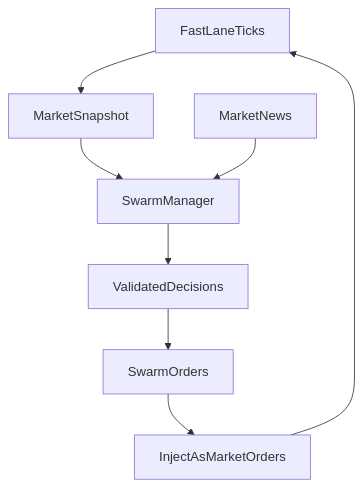
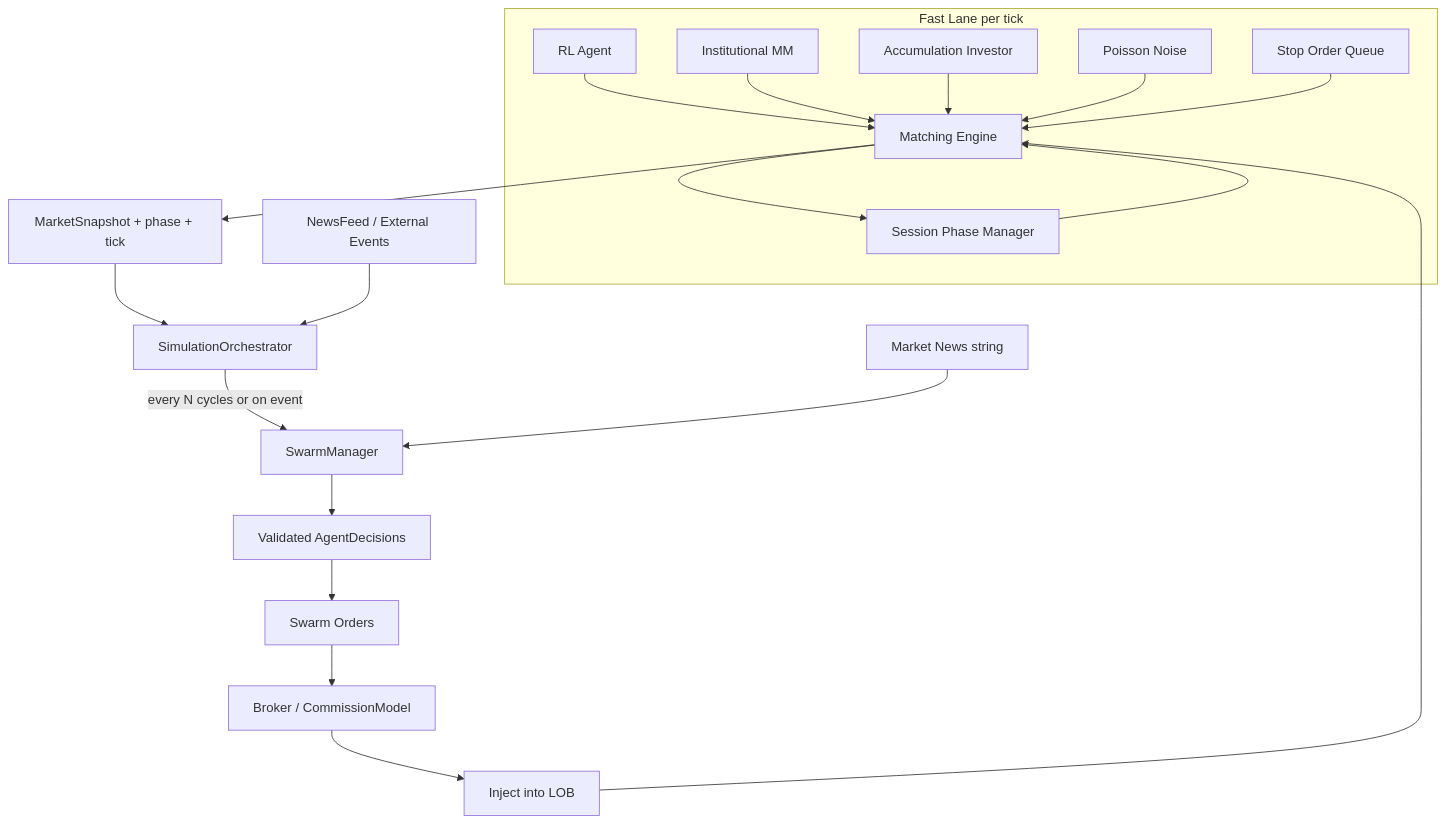
One commit to JanBanasik/BadaniaNaukowe changed the diagram in docs/project_baseline.md. Above: the diagram before and after it, drawn with Mermaid. The commit also changed other lines of this file and 4 other files, not shown here.

First line of the commit message:
Extend Order/AgentDecision/SimulationConfig for planned market features (#2)

````diff
--- a/docs/project_baseline.md
+++ b/docs/project_baseline.md
@@ -207,10 +207,22 @@
 ```mermaid
 flowchart TD
-    fastLane[FastLaneTicks] --> snapshot[MarketSnapshot]
-    snapshot --> slowLane[SwarmManager]
-    marketNews[MarketNews] --> slowLane
-    slowLane --> decisions[ValidatedDecisions]
-    decisions --> orders[SwarmOrders]
-    orders --> inject[InjectAsMarketOrders]
-    inject --> fastLane
+    subgraph fastLane[Fast Lane per tick]
+        rlAgent[RL Agent] --> lob[Matching Engine]
+        institutional[Institutional MM] --> lob
+        accumulation[Accumulation Investor] --> lob
+        noise[Poisson Noise] --> lob
+        stopQueue[Stop Order Queue] --> lob
+        lob --> phases[Session Phase Manager]
+        phases --> lob
+    end
+    lob --> snapshot[MarketSnapshot + phase + tick]
+    snapshot --> orchestrator[SimulationOrchestrator]
+    newsFeed[NewsFeed / External Events] --> orchestrator
+    orchestrator -->|every N cycles or on event| slowLane[SwarmManager]
+    marketNews[Market News string] --> slowLane
+    slowLane --> decisions[Validated AgentDecisions]
+    decisions --> orders[Swarm Orders]
+    orders --> broker[Broker / CommissionModel]
+    broker --> inject[Inject into LOB]
+    inject --> lob
 ```
````
